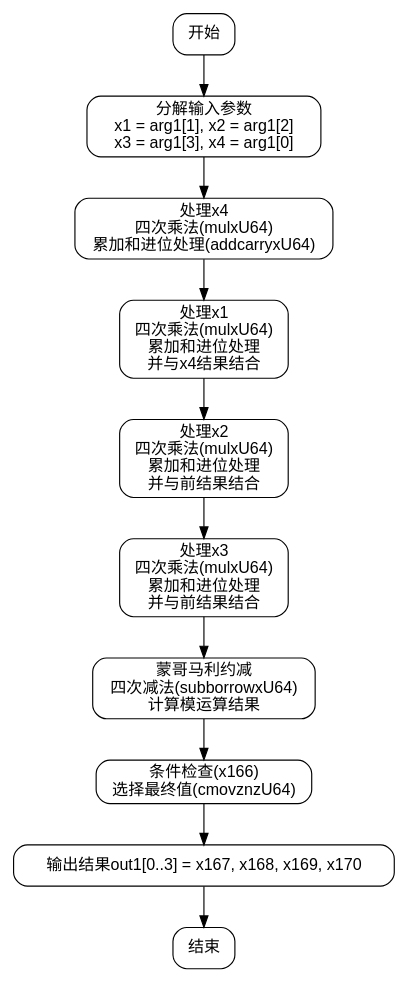
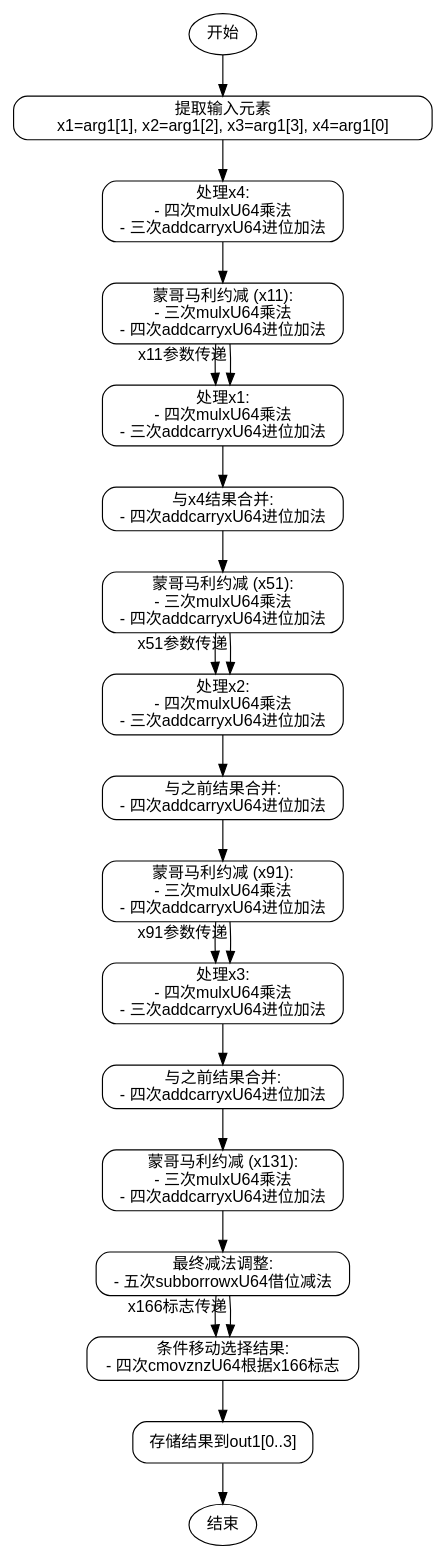
The diagram in dot_std/crypto/pcurves/p256/p256_64.zig.toMontgomery.md (sdzx-1/deepseek-zig-reader), drawn with Graphviz before and after one commit. The commit also changed other lines of this file and 236 other files, not shown here.

````diff
--- a/dot_std/crypto/pcurves/p256/p256_64.zig.toMontgomery.md
+++ b/dot_std/crypto/pcurves/p256/p256_64.zig.toMontgomery.md
@@ -25,27 +19,47 @@
 ```dot
 digraph flowchart {
-    node [shape=rectangle, style="rounded", fontname="Helvetica"];
-    edge [fontname="Helvetica"];
+    node [shape=rectangle, style=rounded, fontname=Helvetica];
+    edge [fontname=Helvetica];
 
-    start [label="开始"];
-    init [label="分解输入参数\nx1 = arg1[1], x2 = arg1[2]\nx3 = arg1[3], x4 = arg1[0]"];
-    process_x4 [label="处理x4\n四次乘法(mulxU64)\n累加和进位处理(addcarryxU64)"];
-    process_x1 [label="处理x1\n四次乘法(mulxU64)\n累加和进位处理\n并与x4结果结合"];
-    process_x2 [label="处理x2\n四次乘法(mulxU64)\n累加和进位处理\n并与前结果结合"];
-    process_x3 [label="处理x3\n四次乘法(mulxU64)\n累加和进位处理\n并与前结果结合"];
-    mont_reduction [label="蒙哥马利约减\n四次减法(subborrowxU64)\n计算模运算结果"];
-    cond_check [label="条件检查(x166)\n选择最终值(cmovznzU64)"];
-    output [label="输出结果\out1[0..3] = x167, x168, x169, x170"];
-    end [label="结束"];
+    start [label="开始", shape=ellipse];
+    extract_input [label="提取输入元素\nx1=arg1[1], x2=arg1[2], x3=arg1[3], x4=arg1[0]"];
+    process_x4 [label="处理x4:\n- 四次mulxU64乘法\n- 三次addcarryxU64进位加法"];
+    montgomery_reduction_1 [label="蒙哥马利约减 (x11):\n- 三次mulxU64乘法\n- 四次addcarryxU64进位加法"];
+    process_x1 [label="处理x1:\n- 四次mulxU64乘法\n- 三次addcarryxU64进位加法"];
+    combine_1 [label="与x4结果合并:\n- 四次addcarryxU64进位加法"];
+    montgomery_reduction_2 [label="蒙哥马利约减 (x51):\n- 三次mulxU64乘法\n- 四次addcarryxU64进位加法"];
+    process_x2 [label="处理x2:\n- 四次mulxU64乘法\n- 三次addcarryxU64进位加法"];
+    combine_2 [label="与之前结果合并:\n- 四次addcarryxU64进位加法"];
+    montgomery_reduction_3 [label="蒙哥马利约减 (x91):\n- 三次mulxU64乘法\n- 四次addcarryxU64进位加法"];
+    process_x3 [label="处理x3:\n- 四次mulxU64乘法\n- 三次addcarryxU64进位加法"];
+    combine_3 [label="与之前结果合并:\n- 四次addcarryxU64进位加法"];
+    montgomery_reduction_4 [label="蒙哥马利约减 (x131):\n- 三次mulxU64乘法\n- 四次addcarryxU64进位加法"];
+    final_sub [label="最终减法调整:\n- 五次subborrowxU64借位减法"];
+    cmov_decision [label="条件移动选择结果:\n- 四次cmovznzU64根据x166标志"];
+    store_result [label="存储结果到out1[0..3]"];
+    end [label="结束", shape=ellipse];
 
-    start -> init;
-    init -> process_x4;
-    process_x4 -> process_x1;
-    process_x1 -> process_x2;
-    process_x2 -> process_x3;
-    process_x3 -> mont_reduction;
-    mont_reduction -> cond_check;
-    cond_check -> output;
-    output -> end;
+    start -> extract_input;
+    extract_input -> process_x4;
+    process_x4 -> montgomery_reduction_1;
+    montgomery_reduction_1 -> process_x1;
+    process_x1 -> combine_1;
+    combine_1 -> montgomery_reduction_2;
+    montgomery_reduction_2 -> process_x2;
+    process_x2 -> combine_2;
+    combine_2 -> montgomery_reduction_3;
+    montgomery_reduction_3 -> process_x3;
+    process_x3 -> combine_3;
+    combine_3 -> montgomery_reduction_4;
+    montgomery_reduction_4 -> final_sub;
+    final_sub -> cmov_decision;
+    cmov_decision -> store_result;
+    store_result -> end;
+
+    // 关键路径交叉连接
+    montgomery_reduction_1 -> process_x1 [xlabel="x11参数传递"];
+    montgomery_reduction_2 -> process_x2 [xlabel="x51参数传递"];
+    montgomery_reduction_3 -> process_x3 [xlabel="x91参数传递"];
+    final_sub -> cmov_decision [xlabel="x166标志传递"];
 }
 ```
````
